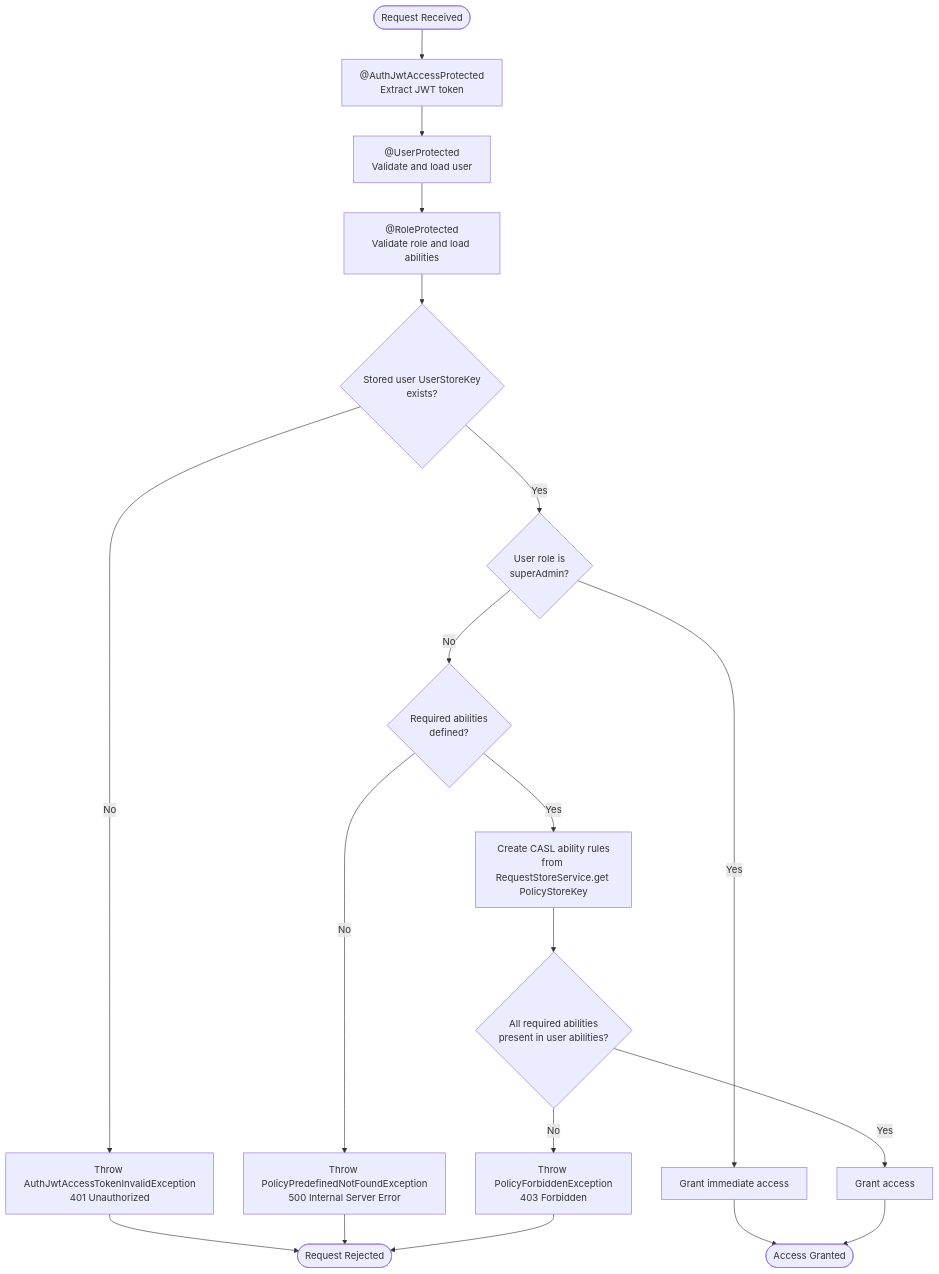
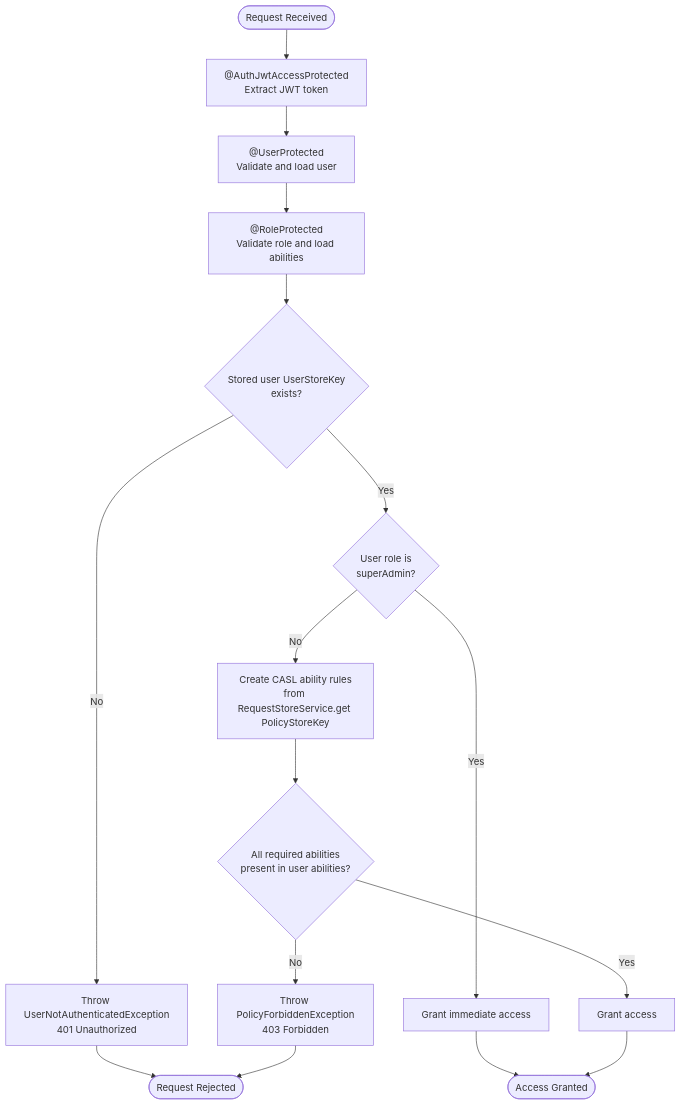
Before and after one commit to andrechristikan/ack-nestjs-boilerplate: the third of 5 diagrams in docs/authorization.md, drawn with Mermaid. The commit also changed other lines of this file and 387 other files, not shown here.

Commit message:
refactor: Base pagination search, activity-log naming, FCM token retry, and typed error handling

````diff
--- a/docs/authorization.md
+++ b/docs/authorization.md
@@ -482,28 +485,24 @@
 ```mermaid
 flowchart TD
     Start([Request Received]) --> JwtGuard[ @AuthJwtAccessProtected<br/>Extract JWT token]
     JwtGuard --> UserGuard[ @UserProtected<br/>Validate and load user]
     UserGuard --> RoleGuard[ @RoleProtected<br/>Validate role and load abilities]
     RoleGuard --> CheckUser{Stored user UserStoreKey<br/>exists?}
 
-    CheckUser -->|No| ErrorUser[Throw AuthJwtAccessTokenInvalidException<br/>401 Unauthorized]
+    CheckUser -->|No| ErrorUser[Throw UserNotAuthenticatedException<br/>401 Unauthorized]
     CheckUser -->|Yes| CheckSuperAdmin{User role is<br/>superAdmin?}
 
     CheckSuperAdmin -->|Yes| GrantSuperAdmin[Grant immediate access]
-    CheckSuperAdmin -->|No| CheckRequired{Required abilities<br/>defined?}
-
-    CheckRequired -->|No| ErrorPredefined[Throw PolicyPredefinedNotFoundException<br/>500 Internal Server Error]
-    CheckRequired -->|Yes| CreateAbilities[Create CASL ability rules<br/>from RequestStoreService.get PolicyStoreKey]
+    CheckSuperAdmin -->|No| CreateAbilities[Create CASL ability rules<br/>from RequestStoreService.get PolicyStoreKey]
 
     CreateAbilities --> ValidateAbilities{All required abilities<br/>present in user abilities?}
 
     ValidateAbilities -->|No| ErrorForbidden[Throw PolicyForbiddenException<br/>403 Forbidden]
     ValidateAbilities -->|Yes| GrantAccess[Grant access]
 
     GrantSuperAdmin --> Success([Access Granted])
     GrantAccess --> Success
 
     ErrorUser --> End([Request Rejected])
-    ErrorPredefined --> End
     ErrorForbidden --> End
 ```
````
